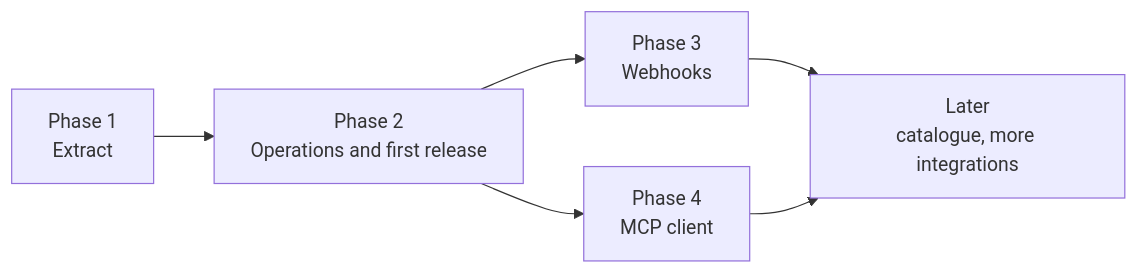
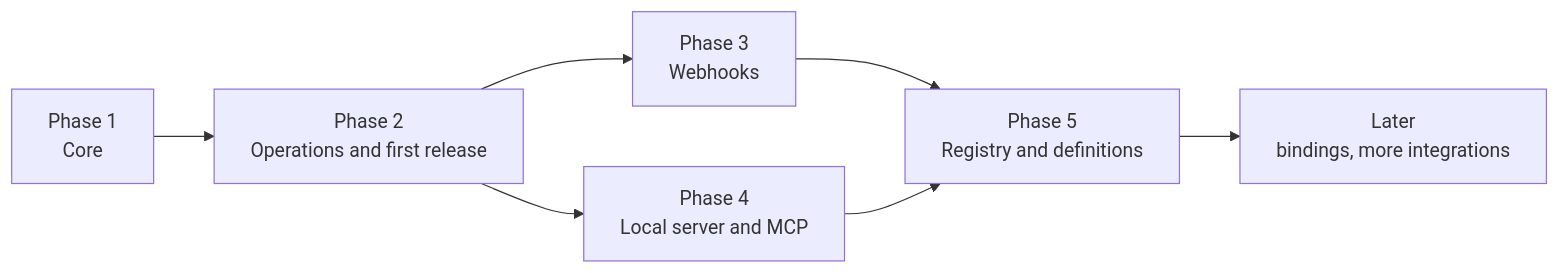
One commit to 0xteamhq/socket changed the fourth of 4 diagrams in docs/superpowers/specs/2026-10-08-socket-project-design.md. Above: the diagram before and after it, drawn with Mermaid. The commit also changed other lines of this file and 10 other files, not shown here.

Commit message:
docs: rewrite vision and design as a standalone project, add research, catalogue, roadmap and phase 1A plan

````diff
--- a/docs/superpowers/specs/2026-10-08-socket-project-design.md
+++ b/docs/superpowers/specs/2026-10-08-socket-project-design.md
@@ -418,8 +528,9 @@
 ```mermaid
 flowchart LR
-    p1[Phase 1<br/>Extract] --> p2[Phase 2<br/>Operations and first release]
+    p1[Phase 1<br/>Core] --> p2[Phase 2<br/>Operations and first release]
     p2 --> p3[Phase 3<br/>Webhooks]
-    p2 --> p4[Phase 4<br/>MCP client]
-    p3 --> later[Later<br/>catalogue, more integrations]
-    p4 --> later
+    p2 --> p4[Phase 4<br/>Local server and MCP]
+    p3 --> p5[Phase 5<br/>Registry and definitions]
+    p4 --> p5
+    p5 --> later[Later<br/>bindings, more integrations]
 ```
````
